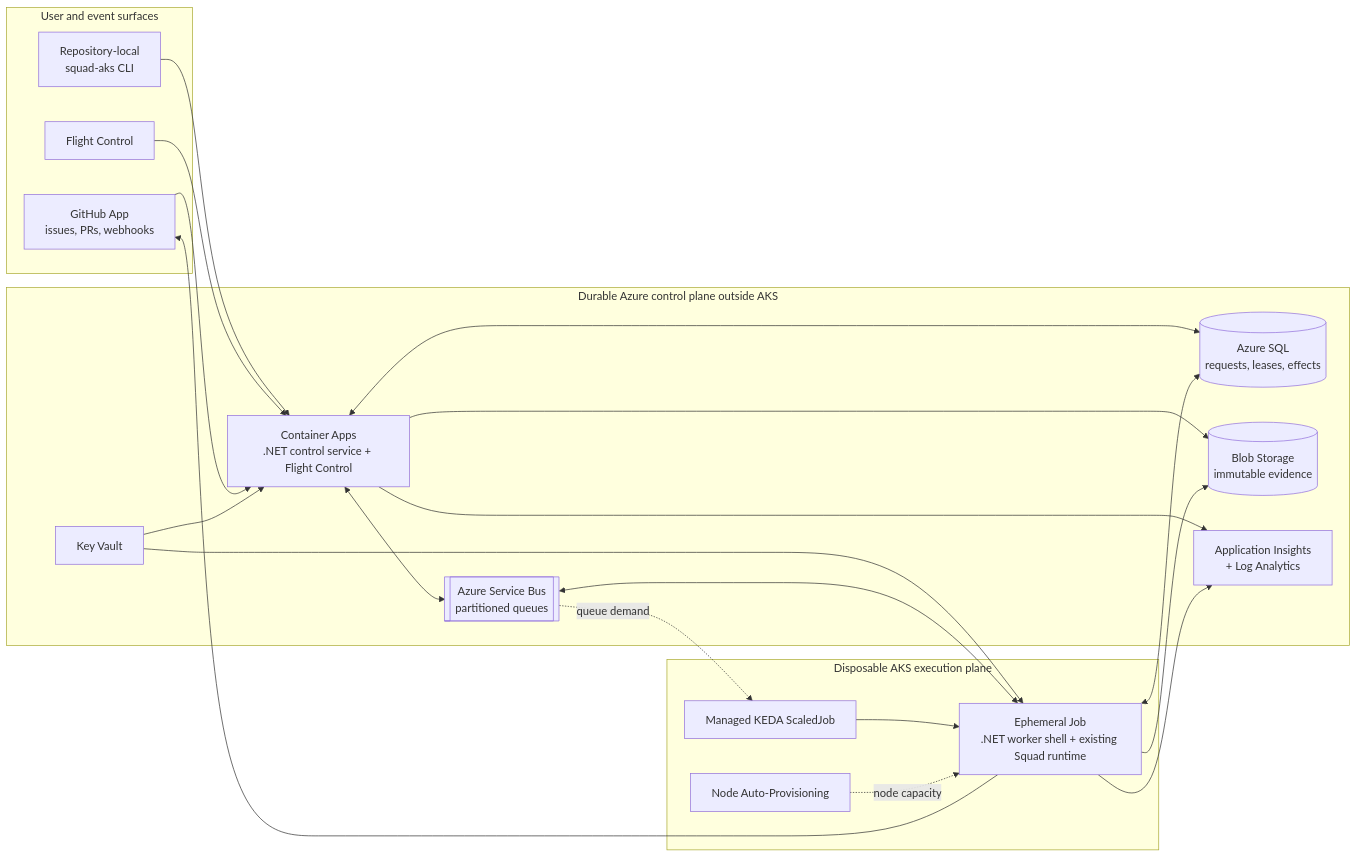
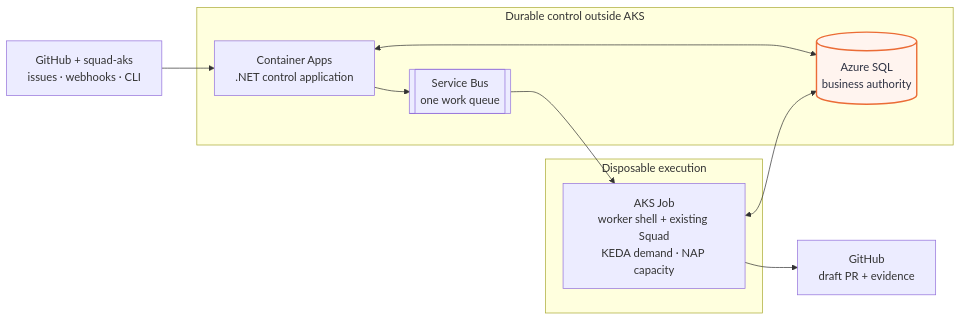
Before and after one commit to bradygaster/squad-on-aks: the first of 2 diagrams in README.md, drawn with Mermaid. The commit also changed other lines of this file, not shown here.

First line of the commit message:
Simplify Squad on AKS README architecture

````diff
--- a/README.md
+++ b/README.md
@@ -376,41 +359,23 @@
 ```mermaid
 flowchart LR
-    subgraph Inputs["User and event surfaces"]
-        GH["GitHub App<br/>issues, PRs, webhooks"]
-        CLI["Repository-local<br/>squad-aks CLI"]
-        FC["Flight Control"]
+    REQUESTS["GitHub + squad-aks<br/>issues · webhooks · CLI"] --> CONTROL
+
+    subgraph Durable["Durable control outside AKS"]
+        CONTROL["Container Apps<br/>.NET control application"]
+        SQL[("Azure SQL<br/>business authority")]
+        SB[["Service Bus<br/>one work queue"]]
     end
 
-    subgraph Control["Durable Azure control plane outside AKS"]
-        CONTROL["Container Apps<br/>.NET control service + Flight Control"]
-        SQL[("Azure SQL<br/>requests, leases, effects")]
-        SB[["Azure Service Bus<br/>partitioned queues"]]
-        BLOB[("Blob Storage<br/>immutable evidence")]
-        KV["Key Vault"]
-        OBS["Application Insights<br/>+ Log Analytics"]
+    subgraph Execution["Disposable execution"]
+        JOB["AKS Job<br/>worker shell + existing Squad<br/>KEDA demand · NAP capacity"]
     end
 
-    subgraph AKS["Disposable AKS execution plane"]
-        KEDA["Managed KEDA ScaledJob"]
-        JOB["Ephemeral Job<br/>.NET worker shell + existing Squad runtime"]
-        NAP["Node Auto-Provisioning"]
-    end
+    CONTROL --> SB
+    SB --> JOB
+    CONTROL <--> SQL
+    JOB <--> SQL
+    JOB --> OUTPUT["GitHub<br/>draft PR + evidence"]
 
-    CLI --> CONTROL
-    FC --> CONTROL
-    GH --> CONTROL
-    CONTROL <--> SQL
-    CONTROL <--> SB
-    CONTROL --> BLOB
-    SB -. queue demand .-> KEDA
-    KEDA --> JOB
-    NAP -. node capacity .-> JOB
-    JOB <--> SQL
-    JOB <--> SB
-    JOB --> BLOB
-    JOB --> GH
-    KV --> CONTROL
-    KV --> JOB
-    CONTROL --> OBS
-    JOB --> OBS
+    classDef authority fill:#fff4ef,stroke:#eb6c36,color:#2d3142,stroke-width:2px
+    class SQL authority
 ```
````
